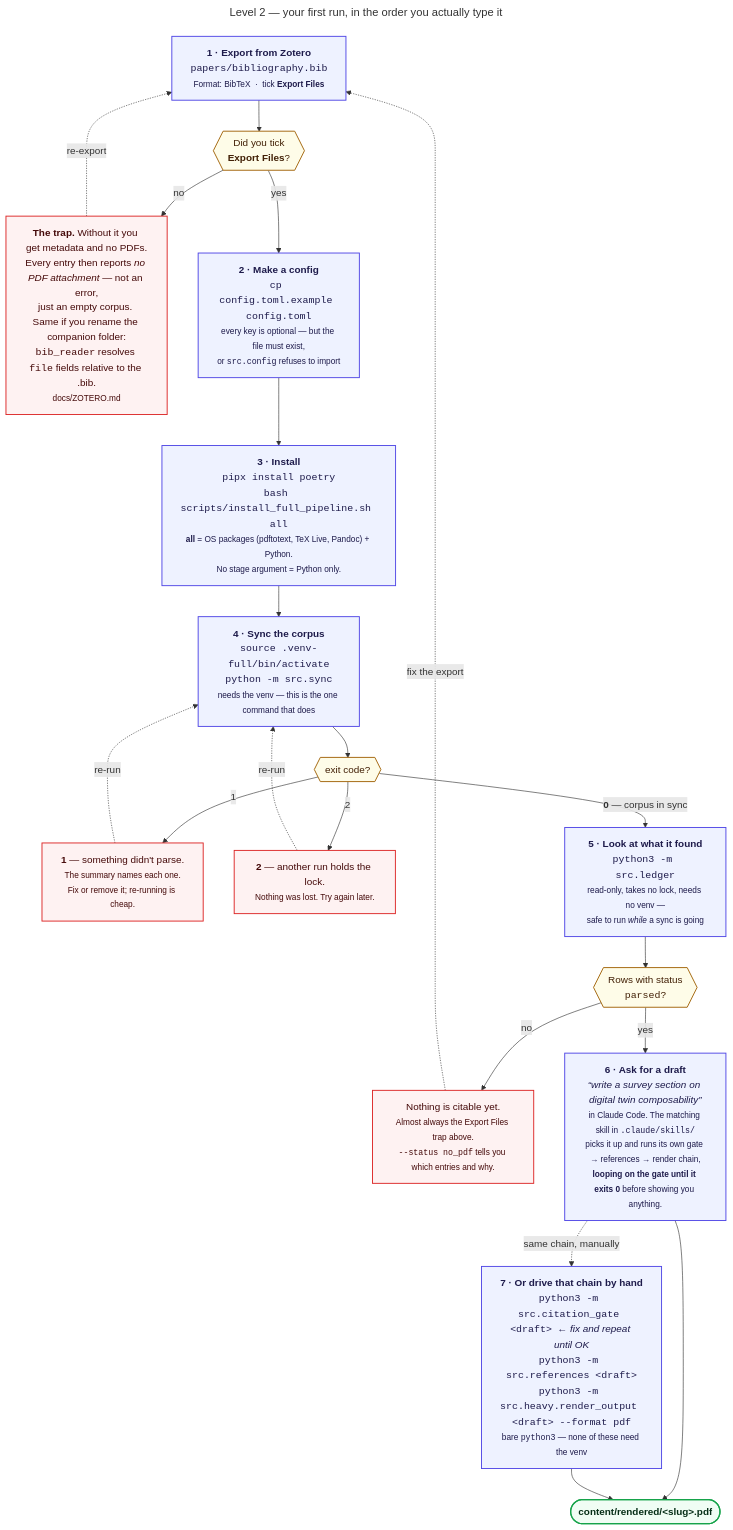
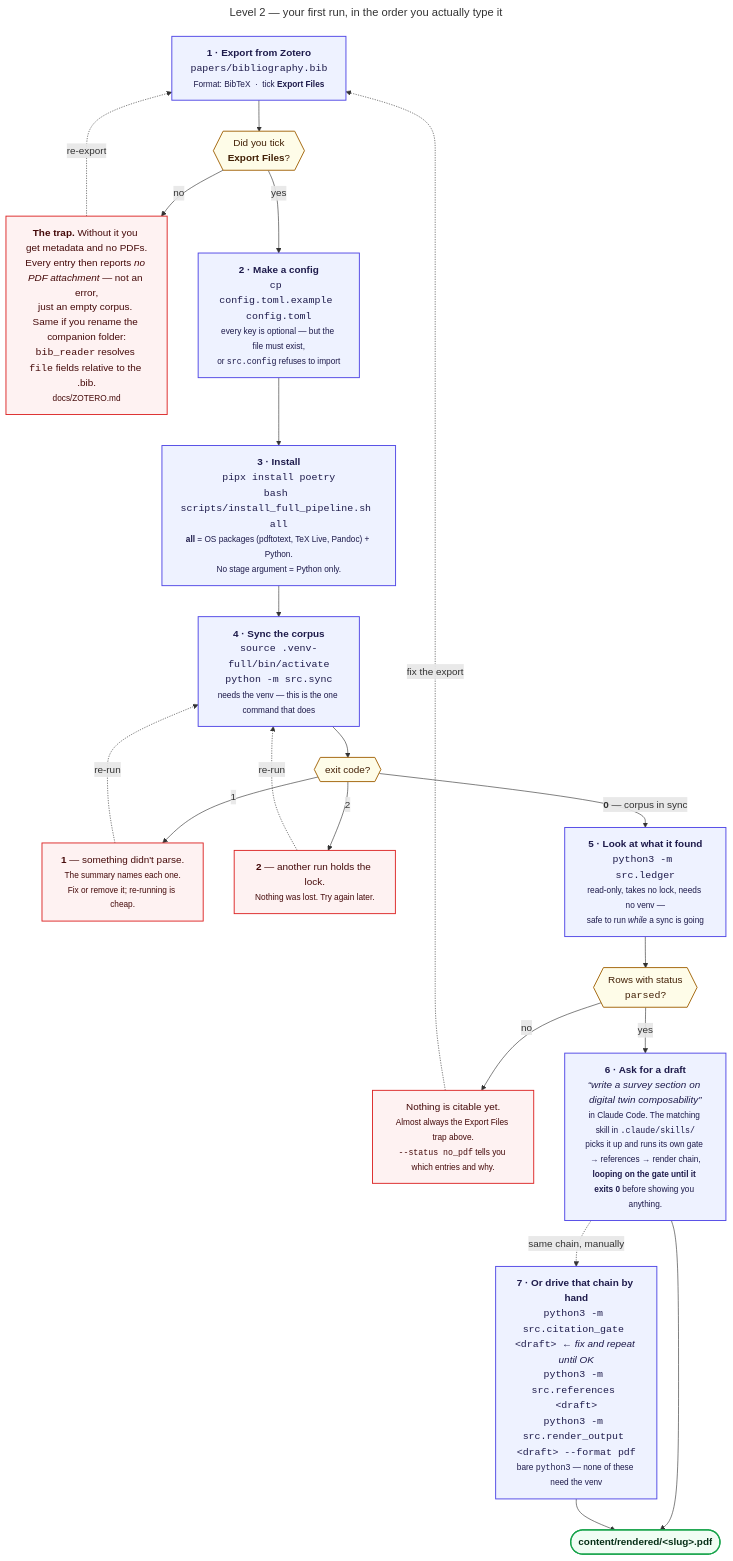
One commit to prasadtalasila/automated-research changed the diagram in docs/diagrams/v2-first-run.mmd. Above: the diagram before and after it, drawn with Mermaid. The commit also changed 72 other files, not shown here.

```diff
--- a/docs/diagrams/v2-first-run.mmd
+++ b/docs/diagrams/v2-first-run.mmd
@@ -1,52 +1,52 @@
 ---
 title: "Level 2 — your first run, in the order you actually type it"
 ---
 flowchart TB
 
   A["<b>1 · Export from Zotero</b><br/><code>papers/bibliography.bib</code><br/><small>Format: BibTeX &nbsp;·&nbsp; tick <b>Export Files</b></small>"]
   A1{{"Did you tick<br/><b>Export Files</b>?"}}
   ATRAP["<b>The trap.</b> Without it you get metadata and no PDFs.<br/>Every entry then reports <i>no PDF attachment</i> — not an error,<br/>just an empty corpus. Same if you rename the companion folder:<br/><code>bib_reader</code> resolves <code>file</code> fields relative to the .bib.<br/><small>docs/ZOTERO.md</small>"]
 
   B["<b>2 · Make a config</b><br/><code>cp config.toml.example config.toml</code><br/><small>every key is optional — but the file must exist,<br/>or <code>src.config</code> refuses to import</small>"]
 
   C["<b>3 · Install</b><br/><code>pipx install poetry</code><br/><code>bash scripts/install_full_pipeline.sh all</code><br/><small><b>all</b> = OS packages (pdftotext, TeX Live, Pandoc) + Python.<br/>No stage argument = Python only.</small>"]
 
   D["<b>4 · Sync the corpus</b><br/><code>source .venv-full/bin/activate</code><br/><code>python -m src.sync</code><br/><small>needs the venv — this is the one command that does</small>"]
   D1{{"exit code?"}}
   DFAIL["<b>1</b> — something didn't parse.<br/><small>The summary names each one.<br/>Fix or remove it; re-running is cheap.</small>"]
   DBUSY["<b>2</b> — another run holds the lock.<br/><small>Nothing was lost. Try again later.</small>"]
 
   E["<b>5 · Look at what it found</b><br/><code>python3 -m src.ledger</code><br/><small>read-only, takes no lock, needs no venv —<br/>safe to run <i>while</i> a sync is going</small>"]
   E1{{"Rows with status<br/><code>parsed</code>?"}}
   EEMPTY["Nothing is citable yet.<br/><small>Almost always the Export Files trap above.<br/><code>--status no_pdf</code> tells you which entries and why.</small>"]
 
   F["<b>6 · Ask for a draft</b><br/><i>“write a survey section on digital twin composability”</i><br/><small>in Claude Code. The matching skill in <code>.claude/skills/</code><br/>picks it up and runs its own gate → references → render chain,<br/><b>looping on the gate until it exits 0</b> before showing you anything.</small>"]
 
-  G["<b>7 · Or drive that chain by hand</b><br/><code>python3 -m src.citation_gate &lt;draft&gt;</code> &nbsp;<i>← fix and repeat until OK</i><br/><code>python3 -m src.references &lt;draft&gt;</code><br/><code>python3 -m src.heavy.render_output &lt;draft&gt; --format pdf</code><br/><small>bare <code>python3</code> — none of these need the venv</small>"]
+  G["<b>7 · Or drive that chain by hand</b><br/><code>python3 -m src.citation_gate &lt;draft&gt;</code> &nbsp;<i>← fix and repeat until OK</i><br/><code>python3 -m src.references &lt;draft&gt;</code><br/><code>python3 -m src.render_output &lt;draft&gt; --format pdf</code><br/><small>bare <code>python3</code> — none of these need the venv</small>"]
 
   DONE(["<b>content/rendered/&lt;slug&gt;.pdf</b>"])
 
   A --> A1
   A1 -- no --> ATRAP
   ATRAP -. "re-export" .-> A
   A1 -- yes --> B --> C --> D --> D1
   D1 -- "1" --> DFAIL
   D1 -- "2" --> DBUSY
   DBUSY -. "re-run" .-> D
   DFAIL -. "re-run" .-> D
   D1 -- "<b>0</b> — corpus in sync" --> E --> E1
   E1 -- no --> EEMPTY
   EEMPTY -. "fix the export" .-> A
   E1 -- yes --> F --> DONE
   F -. "same chain, manually" .-> G
   G --> DONE
 
   classDef step fill:#eef2ff,stroke:#4f46e5,stroke-width:1.5px,color:#1e1b4b
   classDef check fill:#fefce8,stroke:#a16207,stroke-width:1.5px,color:#422006
   classDef trap fill:#fef2f2,stroke:#dc2626,stroke-width:1.5px,color:#450a0a
   classDef done fill:#f0fdf4,stroke:#16a34a,stroke-width:2px,color:#052e16
 
   class A,B,C,D,E,F,G step
   class A1,D1,E1 check
   class ATRAP,EEMPTY,DFAIL,DBUSY trap
   class DONE done
```
